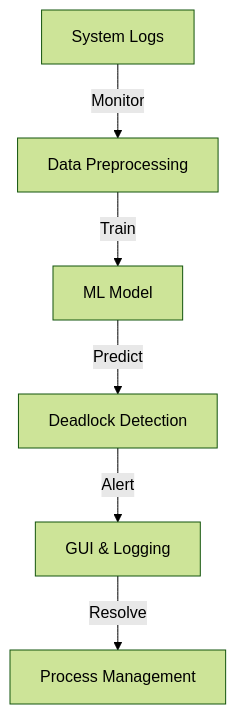
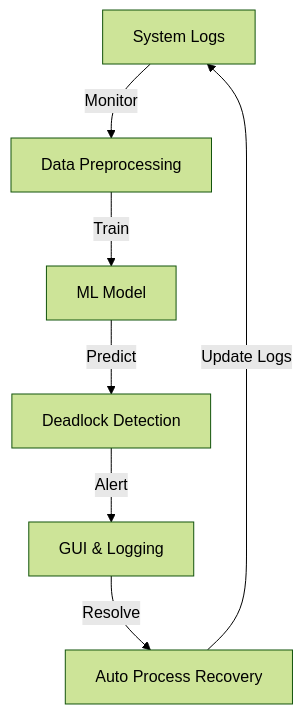
The diagram in README.md (abhi-mohan/AI-POWERED-DEADLOCK-DETECTION), drawn with Mermaid (forest theme) before and after one commit. The commit also changed other lines of this file, not shown here.

````diff
--- a/README.md
+++ b/README.md
@@ -134,8 +107,9 @@
 ```mermaid
 graph TD;
   A[System Logs] -->|Monitor| B[Data Preprocessing]
   B -->|Train| C[ML Model]
   C -->|Predict| D[Deadlock Detection]
   D -->|Alert| E[GUI & Logging]
-  E -->|Resolve| F[Process Management]
+  E -->|Resolve| F[Auto Process Recovery]
+  F -->|Update Logs| A
 ```
````
